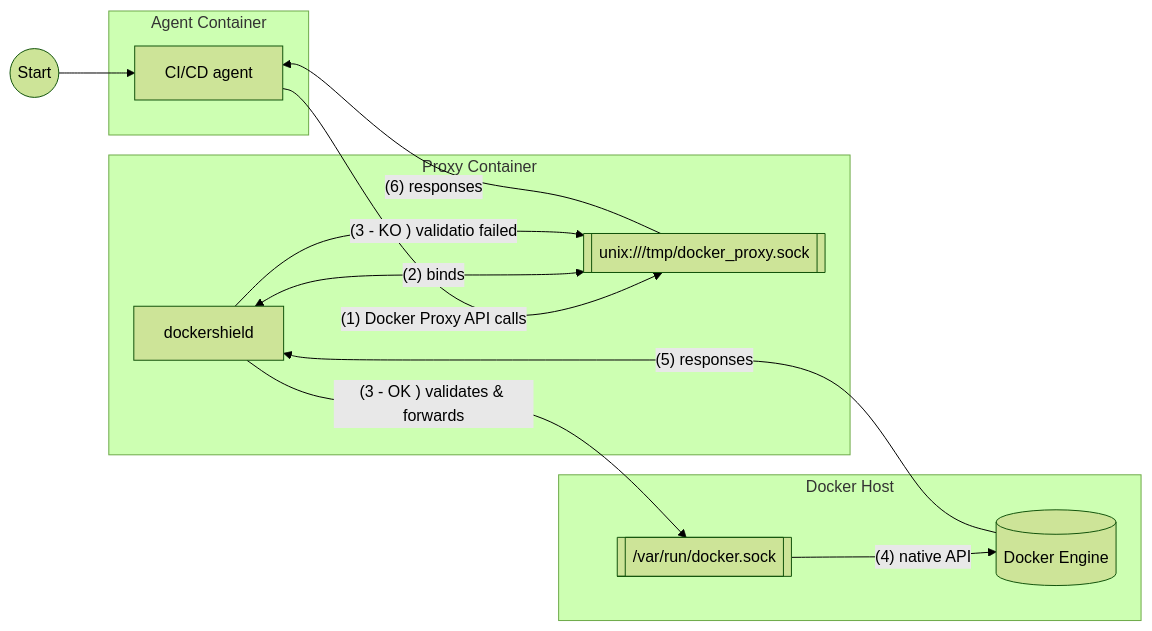
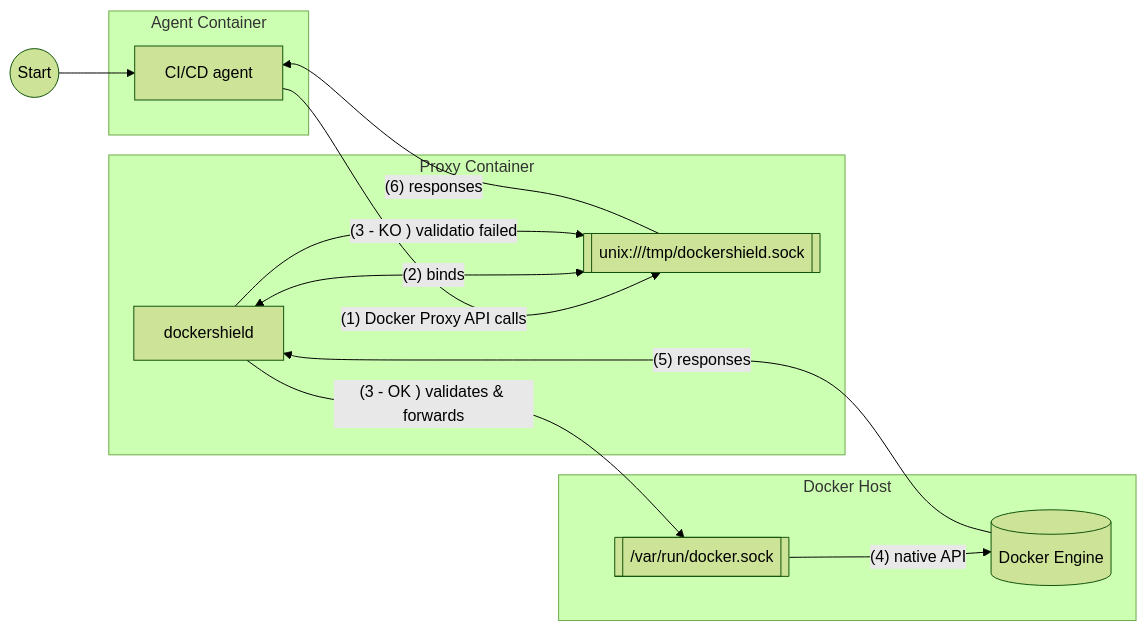
The diagram in README.md (hypolas/docker-proxy), drawn with Mermaid (forest theme) before and after one commit. The commit also changed other lines of this file and 3 other files, not shown here.

````diff
--- a/README.md
+++ b/README.md
@@ -280,27 +280,27 @@
 ```mermaid
 graph LR
     subgraph "Agent Container"
         agent[CI/CD agent]
     end
 
     subgraph "Proxy Container"
         proxy[dockershield]
-        proxySock[[unix:///tmp/docker_proxy.sock]]
+        proxySock[[unix:///tmp/dockershield.sock]]
     end
 
     subgraph "Docker Host"
         dockerSock[[/var/run/docker.sock]]
         engine[(Docker Engine)]
     end
 
     start((Start))
     start --> agent[CI/CD agent]
     agent -->|"(1) Docker Proxy API calls"| proxySock
     proxy <-- "(2) binds" --> proxySock
     proxy -->|"(3 - OK ) validates & forwards"| dockerSock
     proxy -->|"(3 - KO ) validatio failed"| proxySock
     dockerSock -->|"(4) native API"| engine
     engine -->|"(5) responses"| proxy
     proxySock -->|"(6) responses"| agent
 
 ```
````
